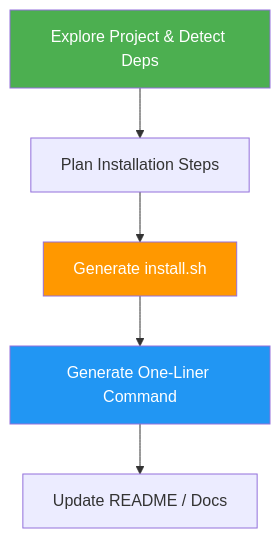
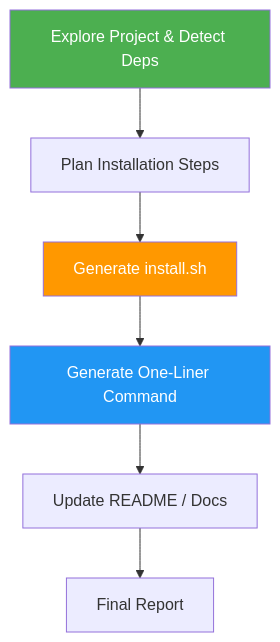
One commit to luongnv89/skills changed the diagram in skills/install-script-generator/docs/README.md. Above: the diagram before and after it, drawn with Mermaid. The commit also changed other lines of this file and 12 other files, not shown here.

````diff
--- a/skills/install-script-generator/docs/README.md
+++ b/skills/install-script-generator/docs/README.md
@@ -32,10 +34,11 @@
 ```mermaid
 graph TD
     A["Explore Project & Detect Deps"] --> B["Plan Installation Steps"]
     B --> C["Generate install.sh"]
     C --> D["Generate One-Liner Command"]
     D --> E["Update README / Docs"]
+    E --> F["Final Report"]
     style A fill:#4CAF50,color:#fff
     style C fill:#FF9800,color:#fff
     style D fill:#2196F3,color:#fff
 ```
````
